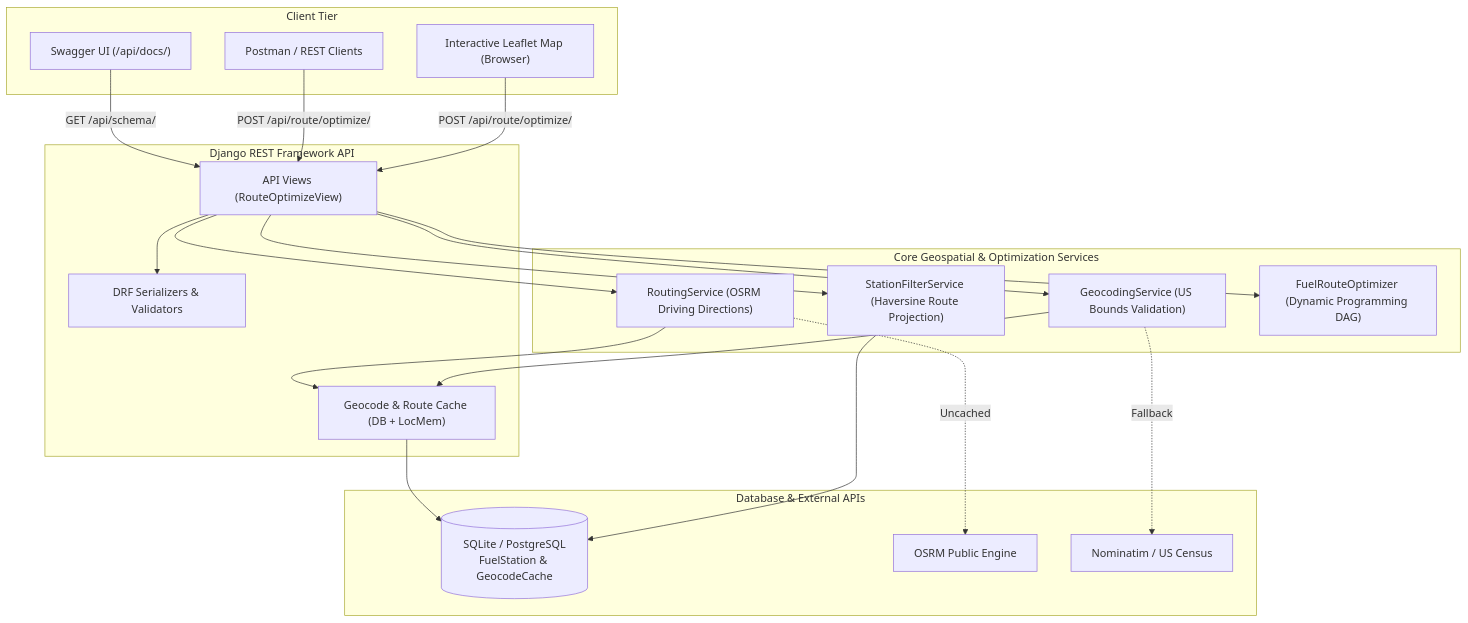
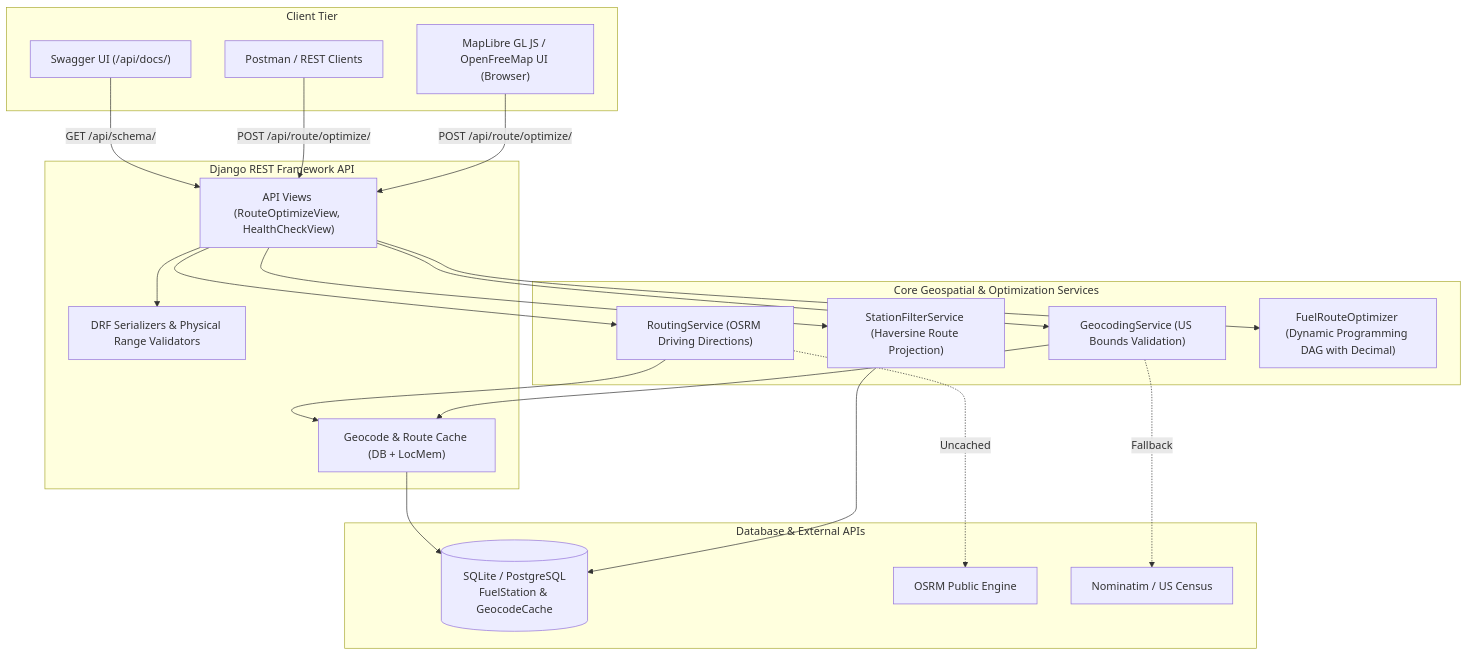
The diagram in README.md (akshitaa18/fuel-route-optimizer), drawn with Mermaid before and after one commit. The commit also changed other lines of this file and 14 other files, not shown here.

````diff
--- a/README.md
+++ b/README.md
@@ -62,44 +66,44 @@
 ```mermaid
 flowchart TD
     subgraph Client["Client Tier"]
-        UI["Interactive Leaflet Map (Browser)"]
+        UI["MapLibre GL JS / OpenFreeMap UI (Browser)"]
         Postman["Postman / REST Clients"]
         Swagger["Swagger UI (/api/docs/)"]
     end
 
     subgraph API["Django REST Framework API"]
-        Views["API Views (RouteOptimizeView)"]
-        Serializers["DRF Serializers & Validators"]
+        Views["API Views (RouteOptimizeView, HealthCheckView)"]
+        Serializers["DRF Serializers & Physical Range Validators"]
         CacheLayer["Geocode & Route Cache (DB + LocMem)"]
     end
 
     subgraph Services["Core Geospatial & Optimization Services"]
         GeoService["GeocodingService (US Bounds Validation)"]
         RouteService["RoutingService (OSRM Driving Directions)"]
         FilterService["StationFilterService (Haversine Route Projection)"]
-        Optimizer["FuelRouteOptimizer (Dynamic Programming DAG)"]
+        Optimizer["FuelRouteOptimizer (Dynamic Programming DAG with Decimal)"]
     end
 
     subgraph Data["Database & External APIs"]
         DB[("SQLite / PostgreSQL\nFuelStation & GeocodeCache")]
         OSRM["OSRM Public Engine"]
         Nominatim["Nominatim / US Census"]
     end
 
     UI -->|POST /api/route/optimize/| Views
     Postman -->|POST /api/route/optimize/| Views
     Swagger -->|GET /api/schema/| Views
 
     Views --> Serializers
     Views --> GeoService
     Views --> RouteService
     Views --> FilterService
     Views --> Optimizer
 
     GeoService --> CacheLayer
     GeoService -.->|Fallback| Nominatim
     RouteService --> CacheLayer
     RouteService -.->|Uncached| OSRM
     FilterService --> DB
     CacheLayer --> DB
 ```
````
